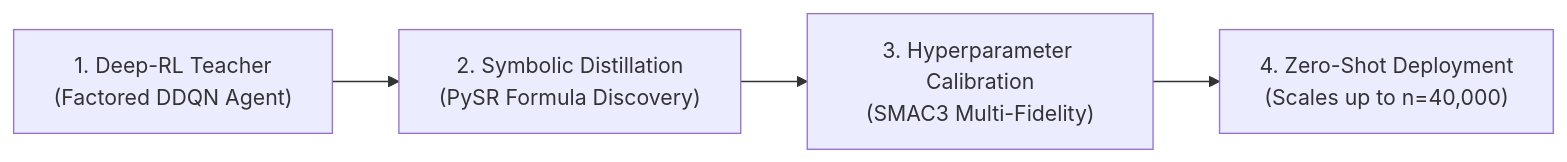
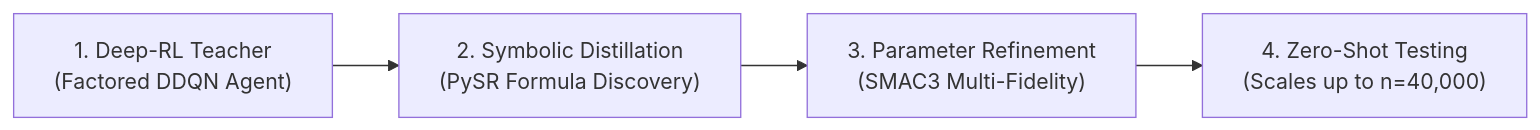
The diagram in README.md (taindp98/X-DAC), drawn with Mermaid before and after one commit.

````diff
--- a/README.md
+++ b/README.md
@@ -54,6 +54,6 @@
 ```mermaid
 flowchart LR
     A["1. Deep-RL Teacher<br/>(Factored DDQN Agent)"] --> B["2. Symbolic Distillation<br/>(PySR Formula Discovery)"]
-    B --> C["3. Hyperparameter Calibration<br/>(SMAC3 Multi-Fidelity)"]
-    C --> D["4. Zero-Shot Deployment<br/>(Scales up to n=40,000)"]
+    B --> C["3. Parameter Refinement<br/>(SMAC3 Multi-Fidelity)"]
+    C --> D["4. Zero-Shot Testing<br/>(Scales up to n=40,000)"]
 ```
````
